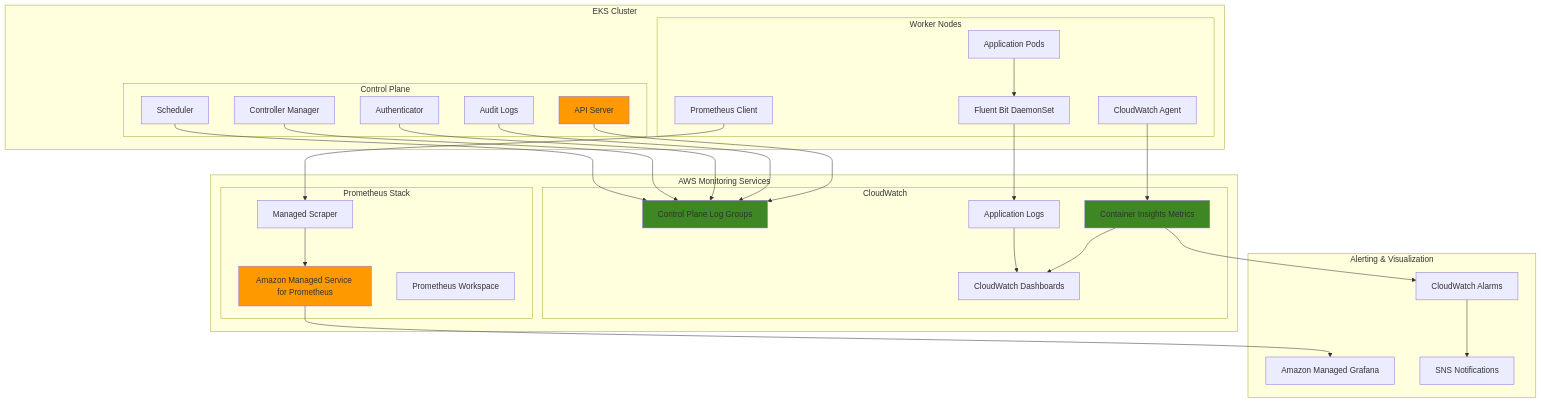
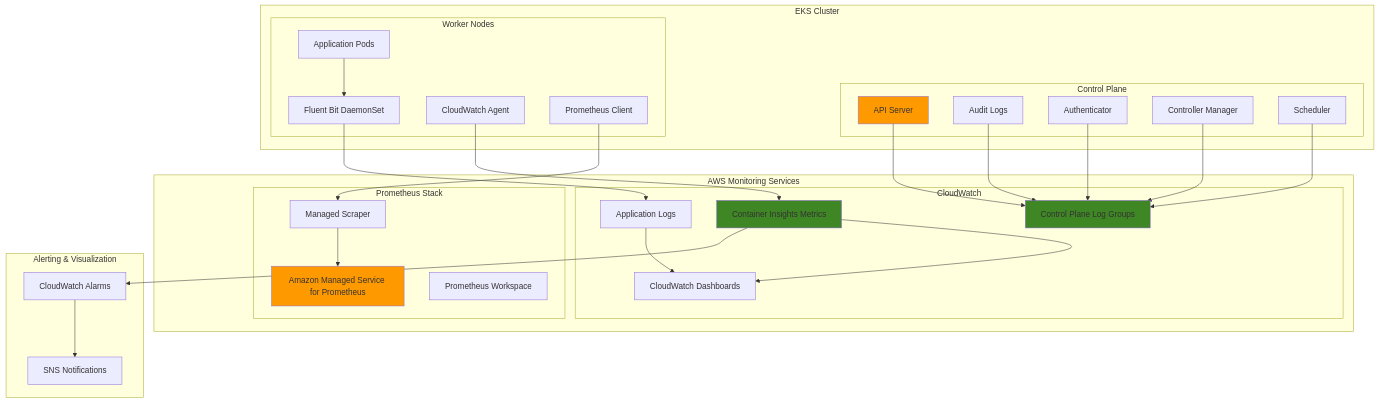
Before and after one commit to mzazon/awesome-cloud-projects: the diagram in aws/eks-logging-monitoring-prometheus/eks-logging-monitoring-prometheus.md, drawn with Mermaid. The commit also changed other lines of this file and 5581 other files, not shown here.

````diff
--- a/aws/eks-logging-monitoring-prometheus/eks-logging-monitoring-prometheus.md
+++ b/aws/eks-logging-monitoring-prometheus/eks-logging-monitoring-prometheus.md
@@ -30,64 +30,62 @@
 ```mermaid
 graph TB
     subgraph "EKS Cluster"
         subgraph "Control Plane"
             API[API Server]
             AUDIT[Audit Logs]
             AUTH[Authenticator]
             CTRL[Controller Manager]
             SCHED[Scheduler]
         end
         
         subgraph "Worker Nodes"
             PODS[Application Pods]
             FLUENTBIT[Fluent Bit DaemonSet]
             CWAGENT[CloudWatch Agent]
             PROMCLIENT[Prometheus Client]
         end
     end
     
     subgraph "AWS Monitoring Services"
         subgraph "CloudWatch"
             CGROUPS[Control Plane Log Groups]
             METRICS[Container Insights Metrics]
             LOGS[Application Logs]
             DASHBOARDS[CloudWatch Dashboards]
         end
         
         subgraph "Prometheus Stack"
             AMP[Amazon Managed Service for Prometheus]
             SCRAPER[Managed Scraper]
             WORKSPACE[Prometheus Workspace]
         end
     end
     
     subgraph "Alerting & Visualization"
         ALARMS[CloudWatch Alarms]
-        GRAFANA[Amazon Managed Grafana]
         SNS[SNS Notifications]
     end
     
     API --> CGROUPS
     AUDIT --> CGROUPS
     AUTH --> CGROUPS
     CTRL --> CGROUPS
     SCHED --> CGROUPS
     
     PODS --> FLUENTBIT
     FLUENTBIT --> LOGS
     CWAGENT --> METRICS
     PROMCLIENT --> SCRAPER
     SCRAPER --> AMP
     
     METRICS --> DASHBOARDS
     LOGS --> DASHBOARDS
-    AMP --> GRAFANA
     
     METRICS --> ALARMS
     ALARMS --> SNS
     
     style API fill:#FF9900
     style AMP fill:#FF9900
     style CGROUPS fill:#3F8624
     style METRICS fill:#3F8624
 ```
````
